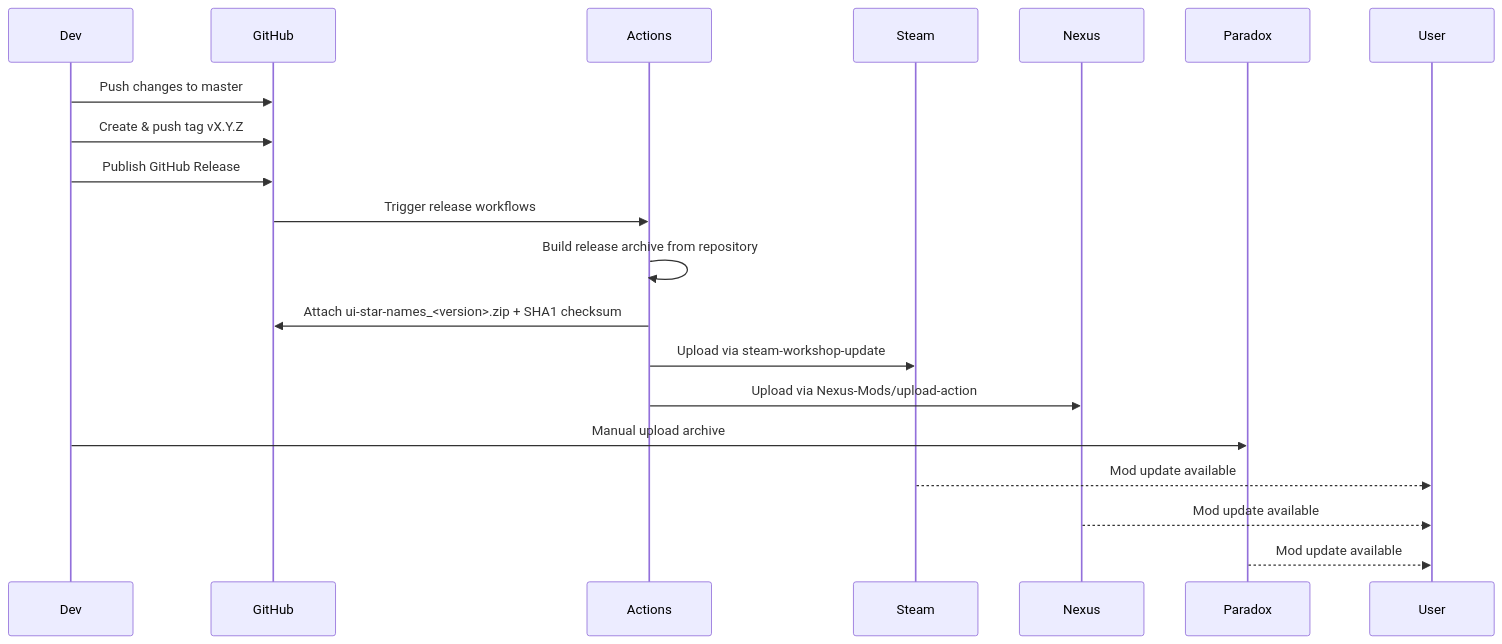
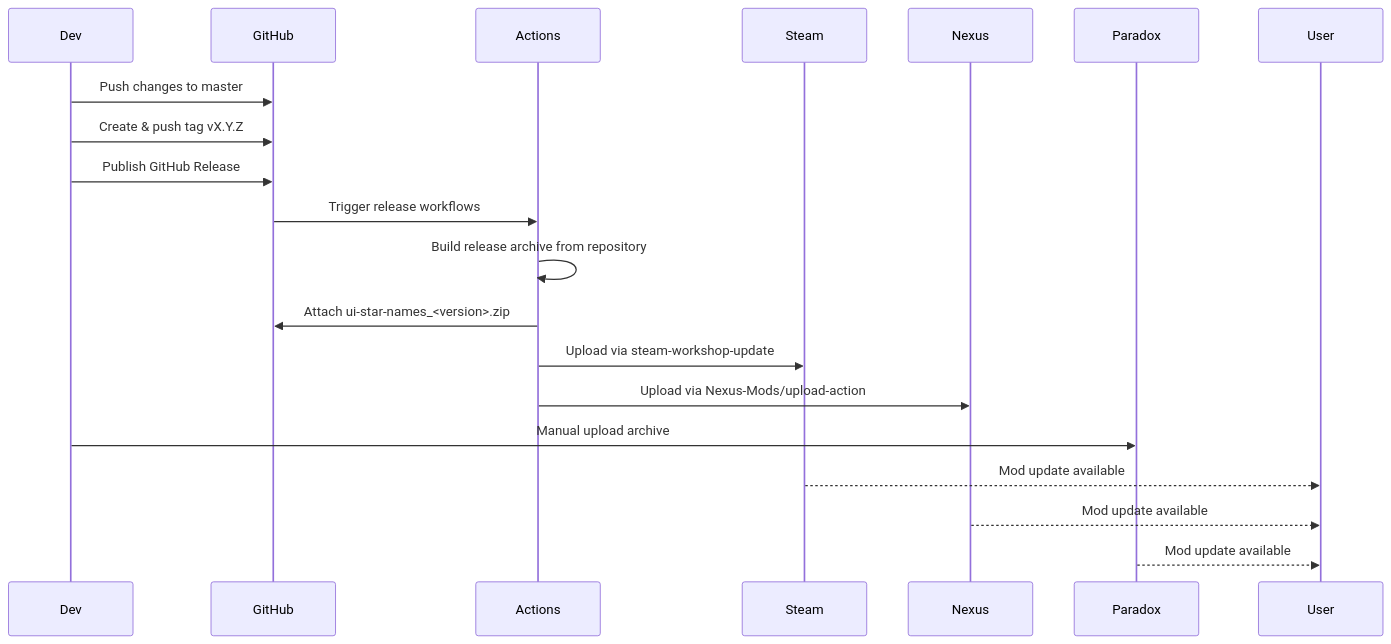
Before and after one commit to hmlendea/stellaris-ui-star-names: the diagram in docs/flows/release-and-distribution.md, drawn with Mermaid. The commit also changed other lines of this file and 12 other files, not shown here.

````diff
--- a/docs/flows/release-and-distribution.md
+++ b/docs/flows/release-and-distribution.md
@@ -9,22 +9,22 @@
 ```mermaid
 sequenceDiagram
     participant Dev
     participant GitHub
     participant Actions
     participant Steam
     participant Nexus
     participant Paradox
 
     Dev->>GitHub: Push changes to master
     Dev->>GitHub: Create & push tag vX.Y.Z
     Dev->>GitHub: Publish GitHub Release
     GitHub->>Actions: Trigger release workflows
     Actions->>Actions: Build release archive from repository
-    Actions->>GitHub: Attach ui-star-names_<version>.zip + SHA1 checksum
+    Actions->>GitHub: Attach ui-star-names_<version>.zip
     Actions->>Steam: Upload via steam-workshop-update
     Actions->>Nexus: Upload via Nexus-Mods/upload-action
     Dev->>Paradox: Manual upload archive
     Steam-->>User: Mod update available
     Nexus-->>User: Mod update available
     Paradox-->>User: Mod update available
 ```
````
